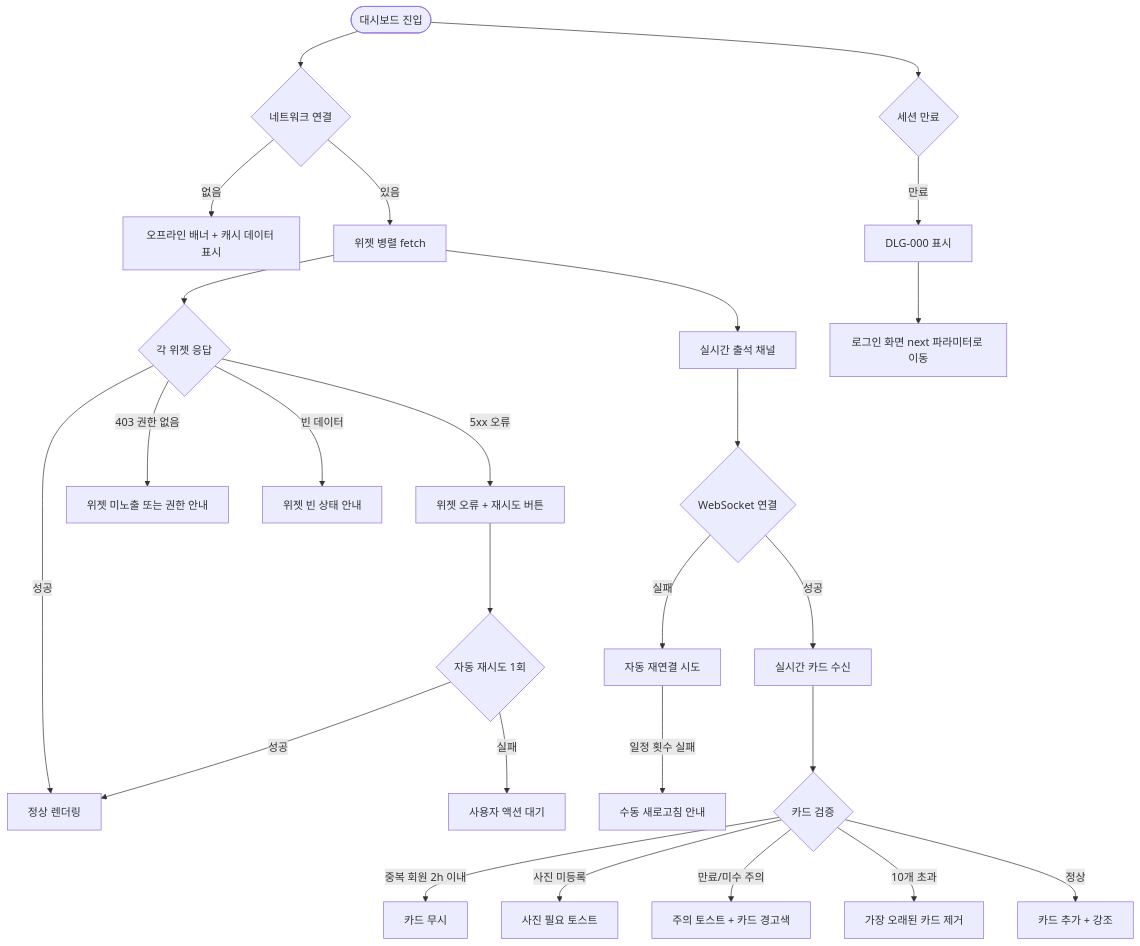
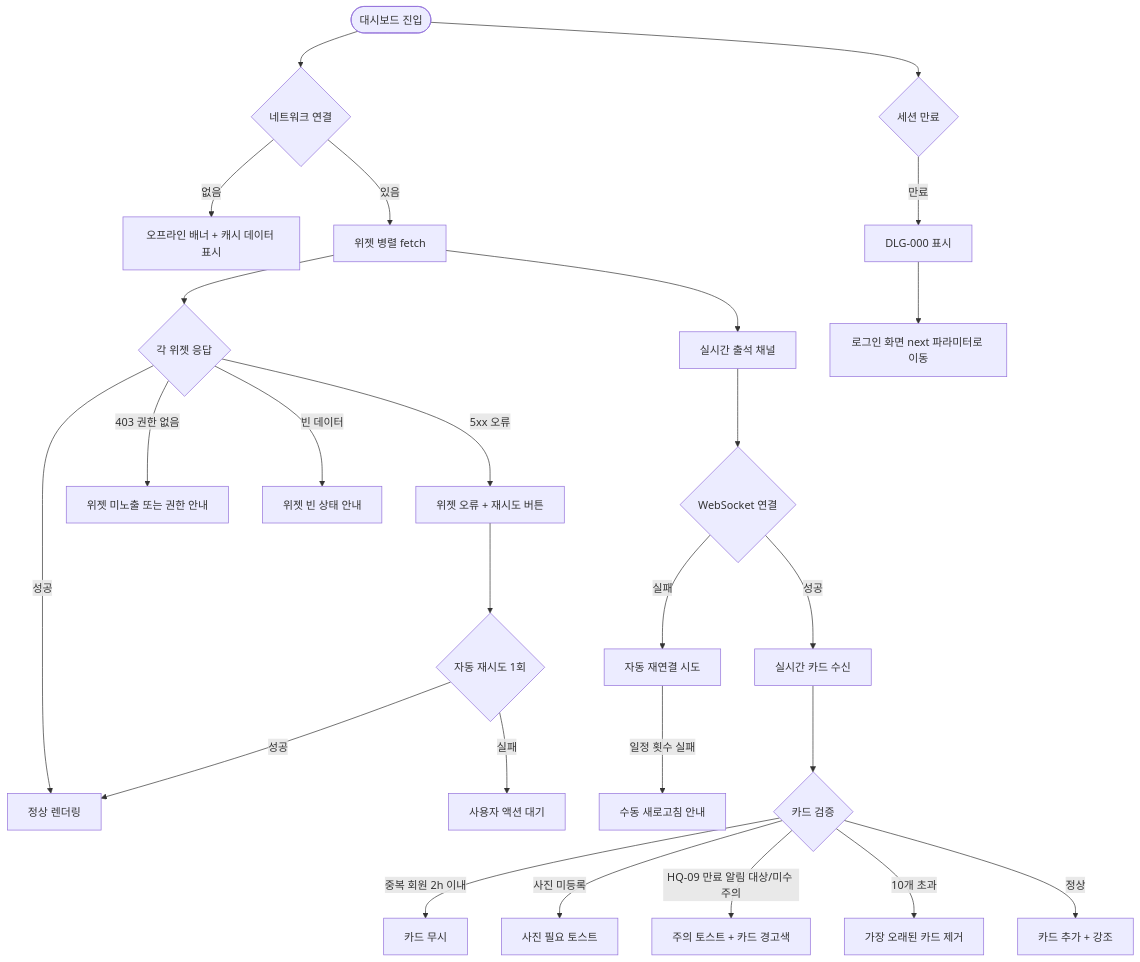
Before and after one commit to dev-spogym/admin-pando: the second of 2 diagrams in docs-domain/D01 공통/SCR-101 대시보드 통합 페이지/README.md, drawn with Mermaid. The commit also changed other lines of this file and 48 other files, not shown here.

````diff
--- a/docs-domain/D01 공통/SCR-101 대시보드 통합 페이지/README.md
+++ b/docs-domain/D01 공통/SCR-101 대시보드 통합 페이지/README.md
@@ -295,28 +295,28 @@
 ```mermaid
 flowchart TD
     A([대시보드 진입]) --> B{네트워크 연결}
     B -->|없음| C[오프라인 배너 + 캐시 데이터 표시]
     B -->|있음| D[위젯 병렬 fetch]
     D --> E{각 위젯 응답}
     E -->|성공| F[정상 렌더링]
     E -->|5xx 오류| G[위젯 오류 + 재시도 버튼]
     G --> H{자동 재시도 1회}
     H -->|성공| F
     H -->|실패| I[사용자 액션 대기]
     E -->|403 권한 없음| J[위젯 미노출 또는 권한 안내]
     E -->|빈 데이터| K[위젯 빈 상태 안내]
     D --> L[실시간 출석 채널]
     L --> M{WebSocket 연결}
     M -->|성공| N[실시간 카드 수신]
     M -->|실패| O[자동 재연결 시도]
     O -->|일정 횟수 실패| P[수동 새로고침 안내]
     N --> Q{카드 검증}
     Q -->|중복 회원 2h 이내| R[카드 무시]
     Q -->|사진 미등록| S[사진 필요 토스트]
-    Q -->|만료/미수 주의| T[주의 토스트 + 카드 경고색]
+    Q -->|HQ-09 만료 알림 대상/미수 주의| T[주의 토스트 + 카드 경고색]
     Q -->|10개 초과| U[가장 오래된 카드 제거]
     Q -->|정상| V[카드 추가 + 강조]
     A --> W{세션 만료}
     W -->|만료| X[DLG-000 표시]
     X --> Y[로그인 화면 next 파라미터로 이동]
 ```
````
